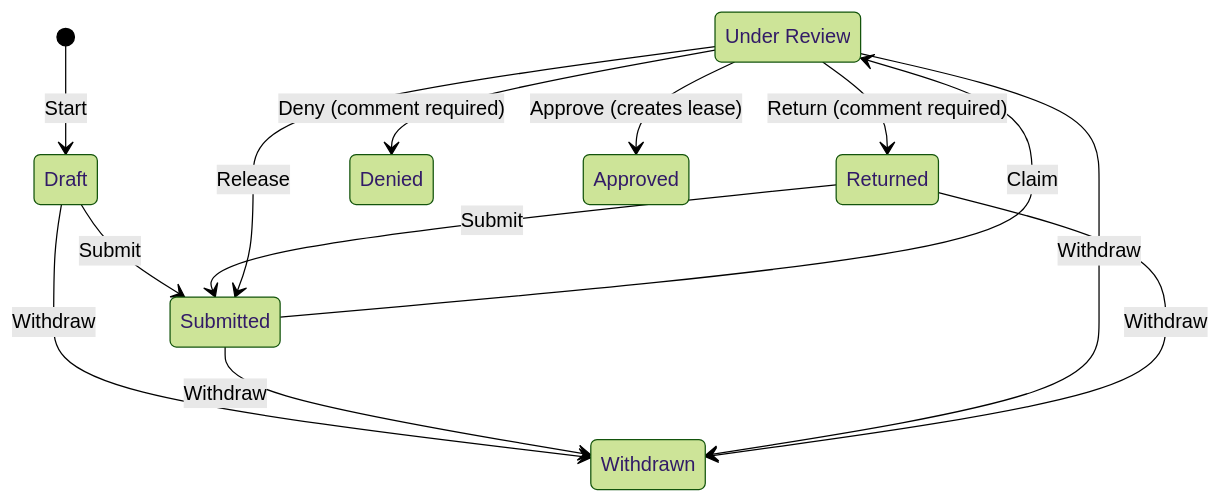
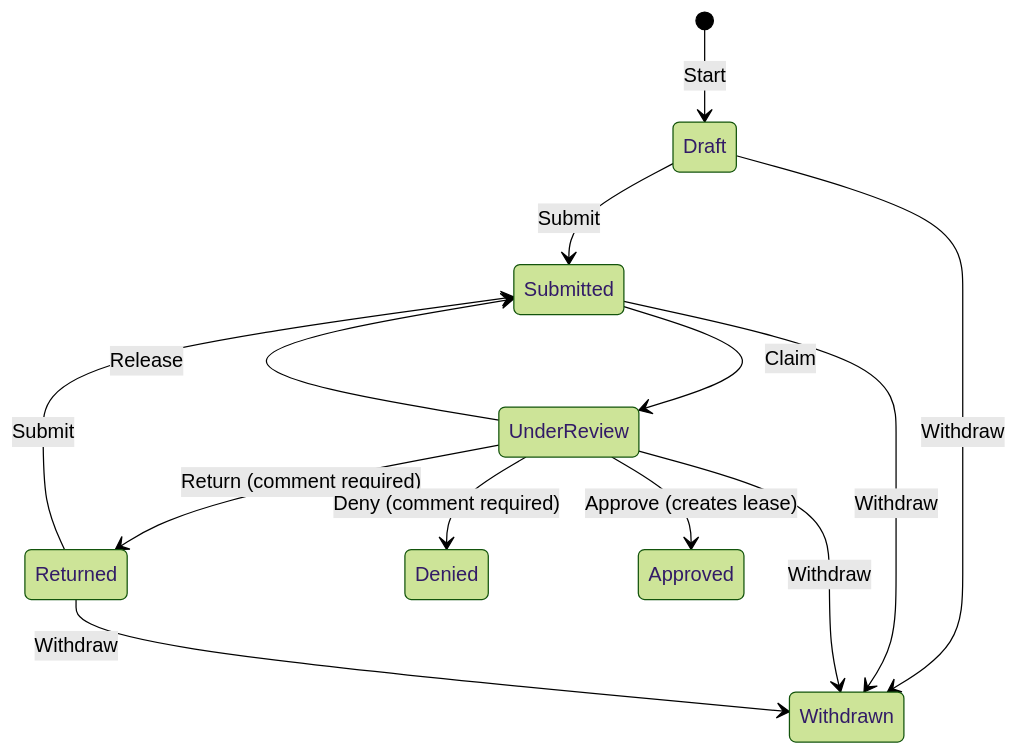
The first of 2 diagrams in docs/architecture.md (Cevans555/PropertyManagementCompany), drawn with Mermaid (forest theme) before and after one commit.

Commit message:
Revert the Under Review label in the status diagram

````diff
--- a/docs/architecture.md
+++ b/docs/architecture.md
@@ -21,16 +21,15 @@
 ```mermaid
 stateDiagram-v2
-    state "Under Review" as UnderReview
     [*] --> Draft: Start
     Draft --> Submitted: Submit
     Returned --> Submitted: Submit
     Submitted --> UnderReview: Claim
     UnderReview --> Submitted: Release
     UnderReview --> Returned: Return (comment required)
     UnderReview --> Denied: Deny (comment required)
     UnderReview --> Approved: Approve (creates lease)
     Draft --> Withdrawn: Withdraw
     Submitted --> Withdrawn: Withdraw
     UnderReview --> Withdrawn: Withdraw
     Returned --> Withdrawn: Withdraw
 ```
````
